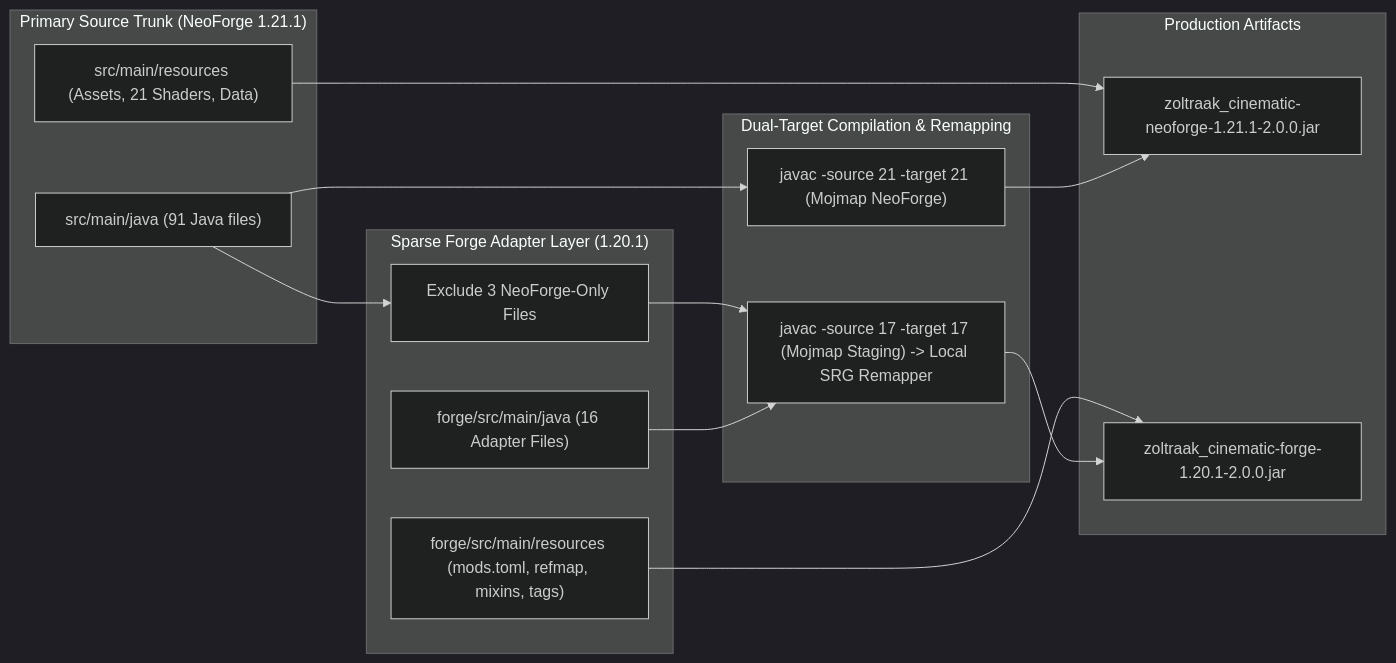
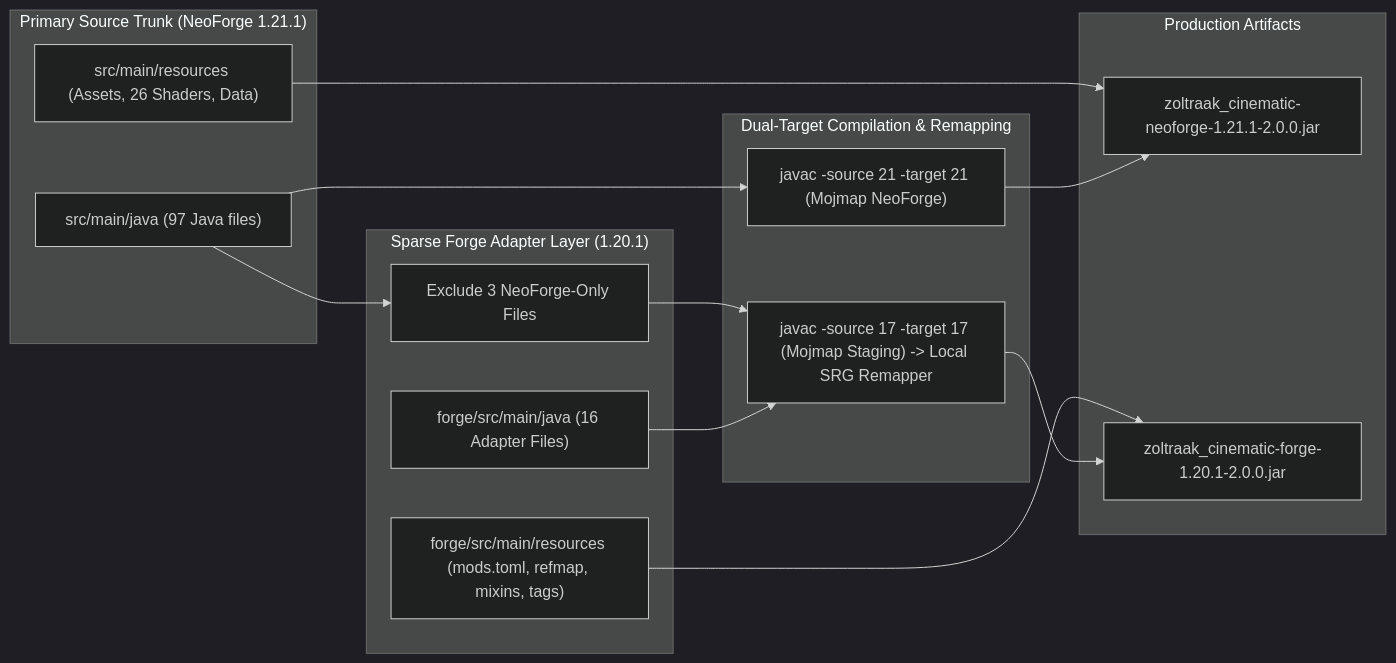
One commit to ling-gwdgw2/Frieren-Flight changed the second of 3 diagrams in ARCHITECTURE.md. Above: the diagram before and after it, drawn with Mermaid (dark theme). The commit also changed other lines of this file and 75 other files, not shown here.

````diff
--- a/ARCHITECTURE.md
+++ b/ARCHITECTURE.md
@@ -108,33 +109,33 @@
 ```mermaid
 flowchart LR
     subgraph Trunk ["Primary Source Trunk (NeoForge 1.21.1)"]
-        NF_Src["src/main/java (91 Java files)"]
-        NF_Res["src/main/resources (Assets, 21 Shaders, Data)"]
+        NF_Src["src/main/java (97 Java files)"]
+        NF_Res["src/main/resources (Assets, 26 Shaders, Data)"]
     end
 
     subgraph Forge_Overlay ["Sparse Forge Adapter Layer (1.20.1)"]
         FG_Exclude["Exclude 3 NeoForge-Only Files"]
         FG_Src["forge/src/main/java (16 Adapter Files)"]
         FG_Res["forge/src/main/resources (mods.toml, refmap, mixins, tags)"]
     end
 
     subgraph Compilers ["Dual-Target Compilation & Remapping"]
         JDK21["javac -source 21 -target 21 (Mojmap NeoForge)"]
         JDK17["javac -source 17 -target 17 (Mojmap Staging) -> Local SRG Remapper"]
     end
 
     subgraph Targets ["Production Artifacts"]
         NF_Jar["zoltraak_cinematic-neoforge-1.21.1-2.0.0.jar"]
         Forge_Jar["zoltraak_cinematic-forge-1.20.1-2.0.0.jar"]
     end
 
     NF_Src --> JDK21
     NF_Res --> NF_Jar
     JDK21 --> NF_Jar
 
     NF_Src --> FG_Exclude
     FG_Exclude --> JDK17
     FG_Src --> JDK17
     FG_Res --> Forge_Jar
     JDK17 --> Forge_Jar
 ```
````
